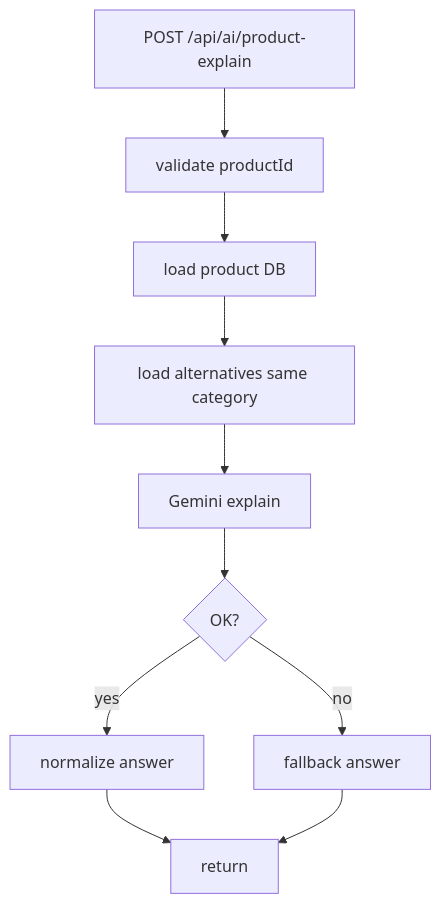
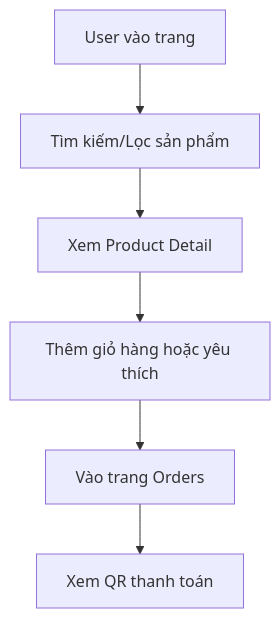
One commit to QuangFabbier/DATN changed the second of 5 diagrams in ecommerce/PROJECT_SUMMARY.md. Above: the diagram before and after it, drawn with Mermaid. The commit also changed other lines of this file and 2 other files, not shown here.

````diff
--- a/ecommerce/PROJECT_SUMMARY.md
+++ b/ecommerce/PROJECT_SUMMARY.md
@@ -217,12 +150,8 @@
 ```mermaid
 flowchart TD
-  A[POST /api/ai/product-explain] --> B[validate productId]
-  B --> C[load product DB]
-  C --> D[load alternatives same category]
-  D --> E[Gemini explain]
-  E --> F{OK?}
-  F -- yes --> G[normalize answer]
-  F -- no --> H[fallback answer]
-  G --> I[return]
-  H --> I
+  A[User vào trang] --> B[Tìm kiếm/Lọc sản phẩm]
+  B --> C[Xem Product Detail]
+  C --> D[Thêm giỏ hàng hoặc yêu thích]
+  D --> E[Vào trang Orders]
+  E --> F[Xem QR thanh toán]
 ```
````
